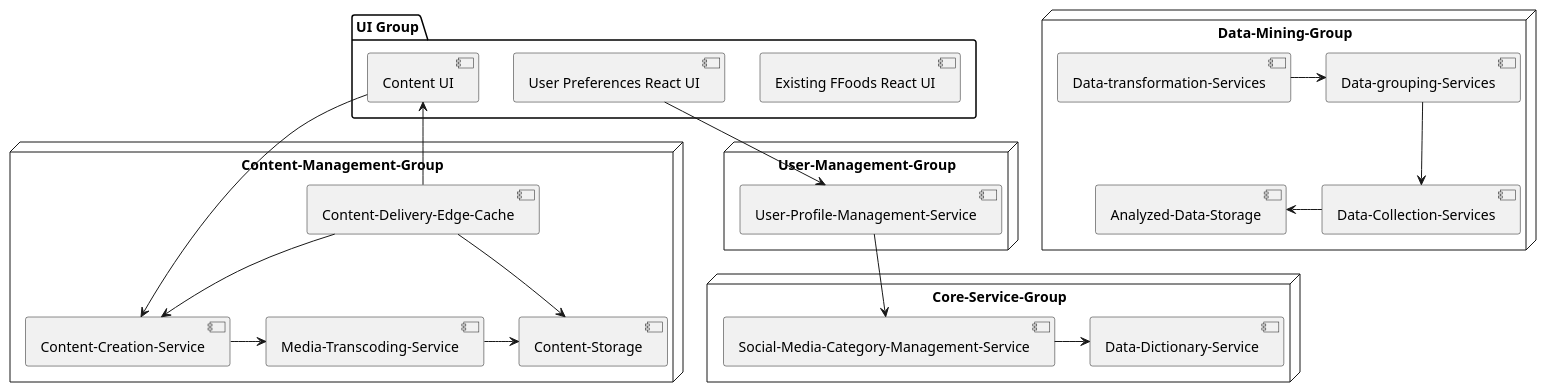
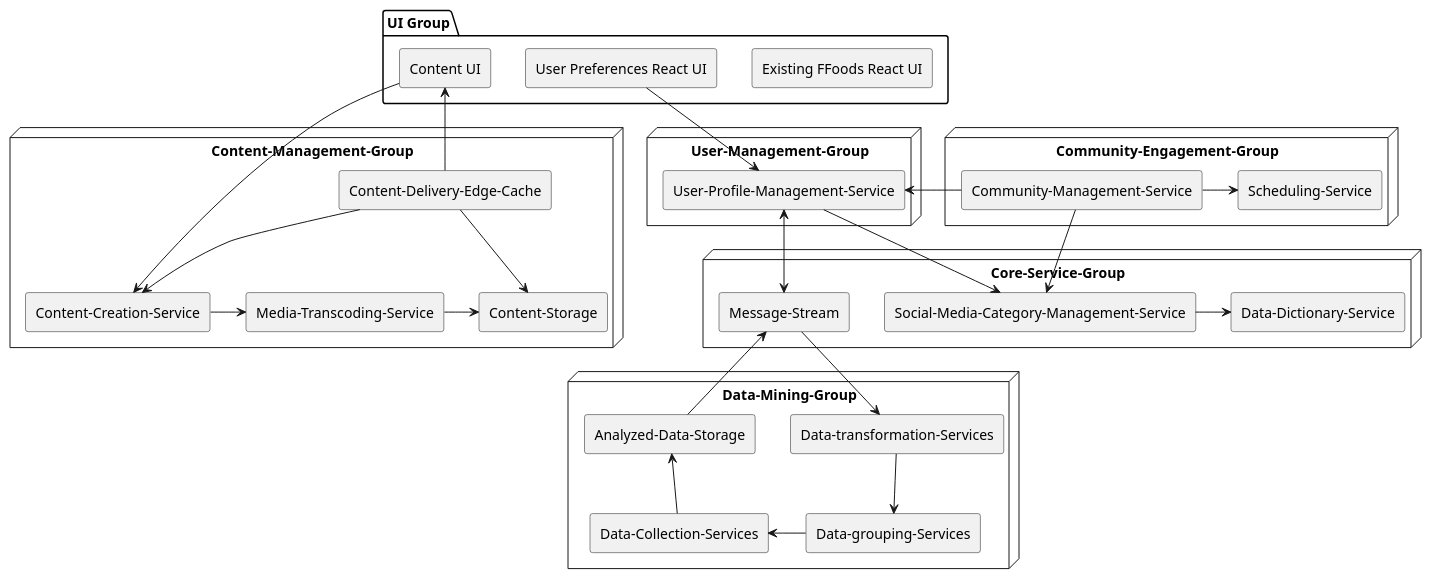
One commit to Arkhamtectures/FarmacyFood changed the diagram in diagrams/farmacyFamily-component-diagram.puml. Above: the diagram before and after it, drawn with PlantUML.

Commit message:
Draft V0.2

```diff
--- a/diagrams/farmacyFamily-component-diagram.puml
+++ b/diagrams/farmacyFamily-component-diagram.puml
@@ -1,50 +1,64 @@
 @startuml
 'https://plantuml.com/component-diagram
-
+skinparam componentStyle rectangle
 
 package "UI Group" {
   [Existing FFoods React UI]
   [User Preferences React UI]
   [Content UI]
 }
 
 node "Content-Management-Group" {
   [Content-Delivery-Edge-Cache]
   [Content-Creation-Service]
   [Media-Transcoding-Service]
   [Content-Storage]
 }
 
 node "User-Management-Group" {
     [User-Profile-Management-Service]
 
 }
+
+node "Community-Engagement-Group" {
+    [Community-Management-Service]
+    [Scheduling-Service]
+}
+
 node "Core-Service-Group" {
 
   [Social-Media-Category-Management-Service]
   [Data-Dictionary-Service]
+  [Message-Stream]
 
 }
 
 node "Data-Mining-Group" {
     [Data-transformation-Services]
     [Data-grouping-Services]
     [Data-Collection-Services]
     [Analyzed-Data-Storage]
 }
 
 [User Preferences React UI] -down-> [User-Profile-Management-Service]
 [User-Profile-Management-Service] -down-> [Social-Media-Category-Management-Service]
 [Content UI] <-down- [Content-Delivery-Edge-Cache]
 [Content UI] -down-> [Content-Creation-Service]
 [Content-Delivery-Edge-Cache] -down-> [Content-Creation-Service]
 [Content-Delivery-Edge-Cache] -down-> [Content-Storage]
 [Content-Creation-Service] -> [Media-Transcoding-Service]
 [Media-Transcoding-Service] -> [Content-Storage]
 [Social-Media-Category-Management-Service] -> [Data-Dictionary-Service]
 
-[Data-transformation-Services] -right->[Data-grouping-Services]
-[Data-grouping-Services] -down-> [Data-Collection-Services]
-[Data-Collection-Services] -left-> [Analyzed-Data-Storage]
+[Community-Management-Service] -> [User-Profile-Management-Service]
+[Community-Management-Service] -> [Social-Media-Category-Management-Service]
+[Community-Management-Service] -> [Scheduling-Service]
 
+[Data-transformation-Services] -down->[Data-grouping-Services]
+[Data-grouping-Services] -left-> [Data-Collection-Services]
+[Data-Collection-Services] -up-> [Analyzed-Data-Storage]
+
+[User-Profile-Management-Service] <-> [Message-Stream]
+[Data-transformation-Services] <-up- [Message-Stream]
+[Analyzed-Data-Storage] -up-> [Message-Stream]
 @enduml
```
